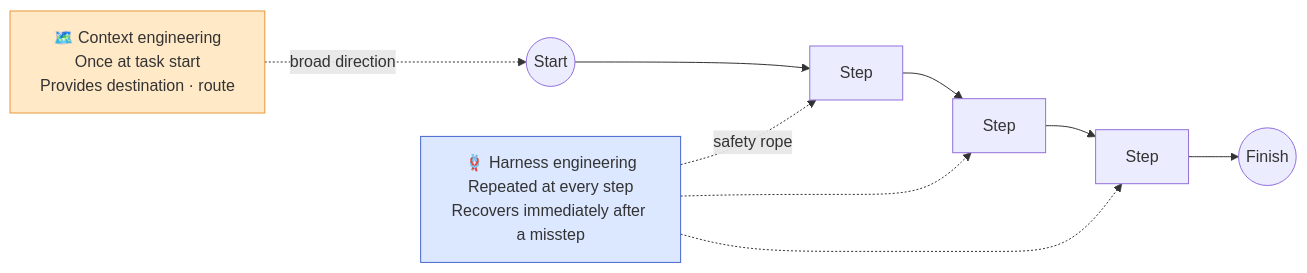
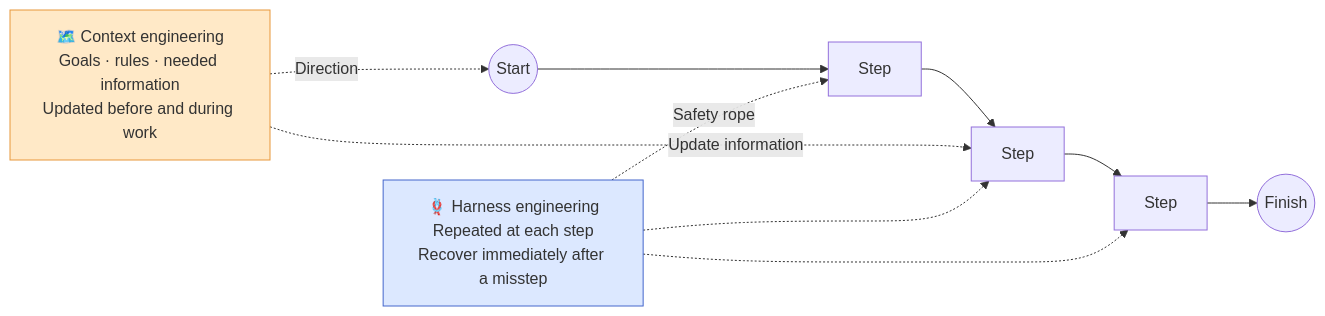
One commit to haandol/haandol.github.com changed the third of 9 diagrams in _en/2026-03-15-harness-engineering-beyond-context-engineering.md. Above: the diagram before and after it, drawn with Mermaid. The commit also changed other lines of this file and 18 other files, not shown here.

````diff
--- a/_en/2026-03-15-harness-engineering-beyond-context-engineering.md
+++ b/_en/2026-03-15-harness-engineering-beyond-context-engineering.md
@@ -149,14 +145,15 @@
 ```mermaid
 flowchart LR
-    CTX["🗺️ Context engineering<br/>Once at task start<br/>Provides destination · route"]
-    CTX -.broad direction.-> START(("Start"))
+    CTX["🗺️ Context engineering<br/>Goals · rules · needed information<br/>Updated before and during work"]
+    CTX -.Direction.-> START(("Start"))
     START --> S1["Step"] --> S2["Step"] --> S3["Step"] --> GOAL(("Finish"))
-    ROPE["🪢 Harness engineering<br/>Repeated at every step<br/>Recovers immediately after a misstep"]
-    ROPE -.safety rope.-> S1
+    CTX -.Update information.-> S2
+    ROPE["🪢 Harness engineering<br/>Repeated at each step<br/>Recover immediately after a misstep"]
+    ROPE -.Safety rope.-> S1
     ROPE -.-> S2
     ROPE -.-> S3
     classDef ctx fill:#ffe9c7,stroke:#e8973a;
     classDef harness fill:#dce8ff,stroke:#46c;
     class CTX ctx;
     class ROPE harness;
 ```
````
